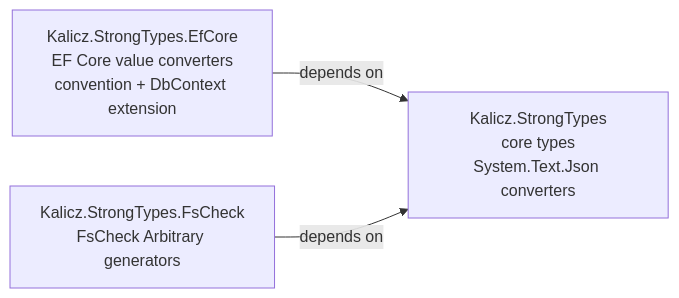
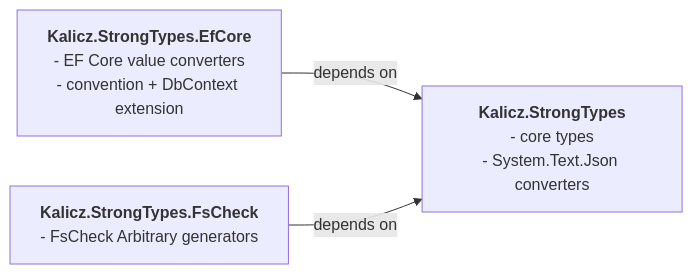
Before and after one commit to KaliCZ/StrongTypes: the first of 7 diagrams in readme.md, drawn with Mermaid.

Commit message:
Use markdown-string labels in package layout diagram
Bold the package name and break contents into bullets so the name stands
out from the description.

````diff
--- a/readme.md
+++ b/readme.md
@@ -13,8 +13,13 @@
 ```mermaid
 flowchart LR
-    Core["Kalicz.StrongTypes<br/>core types<br/>System.Text.Json converters"]
-    EfCore["Kalicz.StrongTypes.EfCore<br/>EF Core value converters<br/>convention + DbContext extension"]
-    FsCheck["Kalicz.StrongTypes.FsCheck<br/>FsCheck Arbitrary generators"]
+    Core["`**Kalicz.StrongTypes**
+    - core types
+    - System.Text.Json converters`"]
+    EfCore["`**Kalicz.StrongTypes.EfCore**
+    - EF Core value converters
+    - convention + DbContext extension`"]
+    FsCheck["`**Kalicz.StrongTypes.FsCheck**
+    - FsCheck Arbitrary generators`"]
     EfCore -->|depends on| Core
     FsCheck -->|depends on| Core
 ```
````
